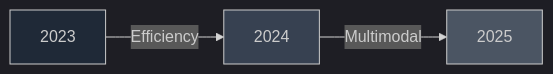
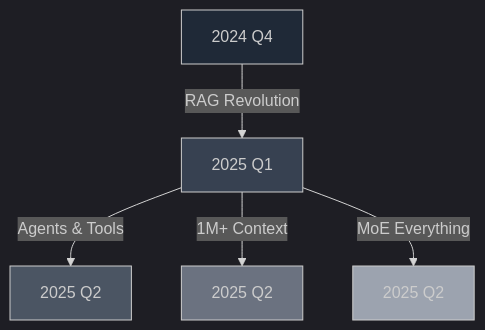
Before and after one commit to puneet-chandna/awesome-LLM-papers: the diagram in README.md, drawn with Mermaid. The commit also changed other lines of this file and 4 other files, not shown here.

````diff
--- a/README.md
+++ b/README.md
@@ -295,10 +532,14 @@
 ```mermaid
 %%{init: {'theme':'dark'}}%%
-graph LR
-    A[2023] -->|Efficiency| B[2024]
-    B -->|Multimodal| C[2025]
+graph TD
+    A[2024 Q4] -->|RAG Revolution| B[2025 Q1]
+    B -->|Agents & Tools| C[2025 Q2]
+    B -->|1M+ Context| D[2025 Q2]
+    B -->|MoE Everything| E[2025 Q2]
     
     style A fill:#1f2937
     style B fill:#374151
     style C fill:#4b5563
+    style D fill:#6b7280
+    style E fill:#9ca3af
 ```
````
